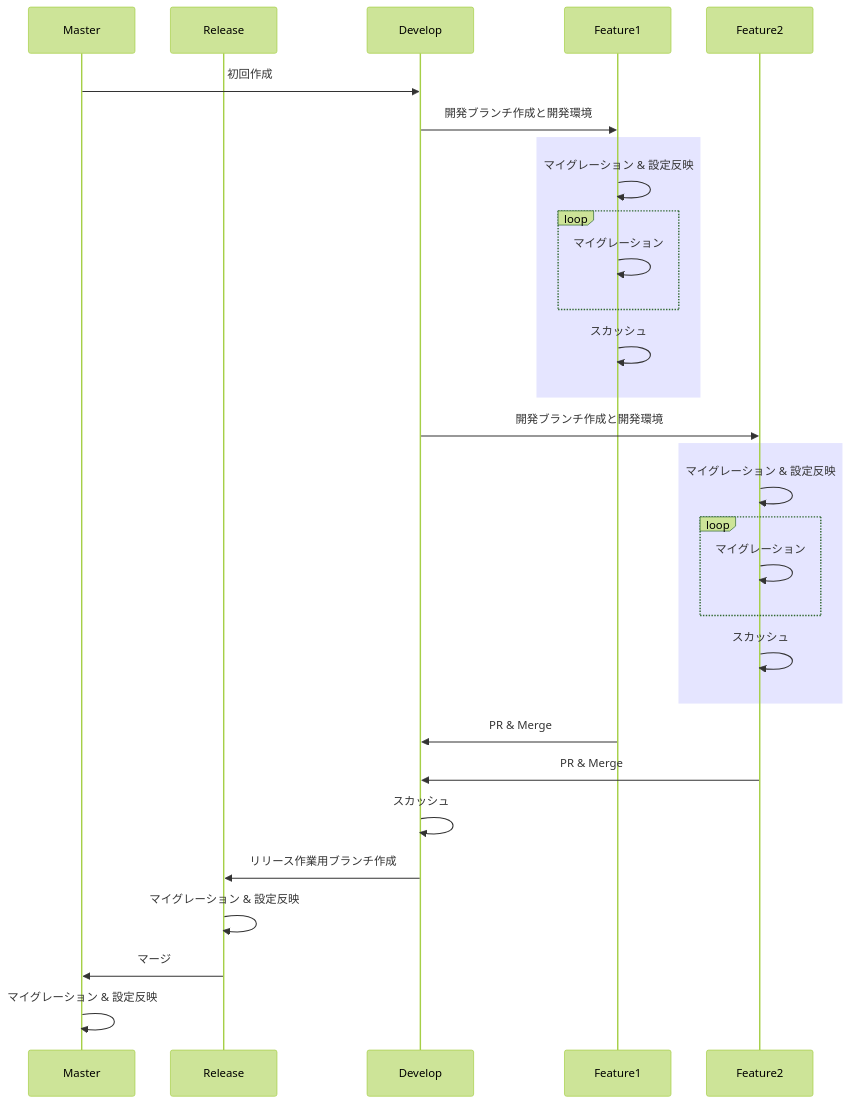
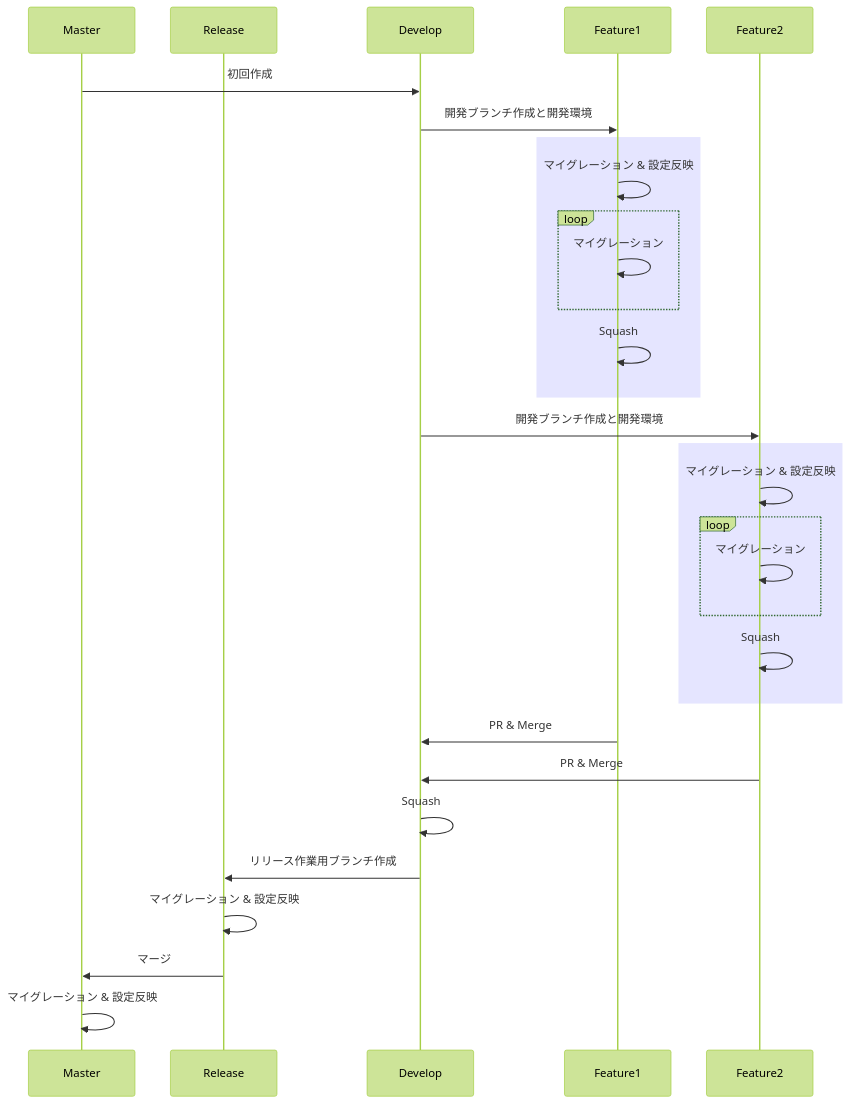
The diagram in README.md (Cohey0727/hasura-sample), drawn with Mermaid (forest theme) before and after one commit. The commit also changed other lines of this file, not shown here.

````diff
--- a/README.md
+++ b/README.md
@@ -53,38 +53,38 @@
 ```mermaid
 sequenceDiagram
     participant Master
     participant Release
     participant Develop
     participant Feature1
     participant Feature2
 
     Master->>Develop: 初回作成
     Develop->>Feature1: 開発ブランチ作成と開発環境
     rect rgba(0, 0, 255, .1)
       Feature1->>Feature1: マイグレーション & 設定反映
       loop
         Feature1->>Feature1: マイグレーション
       end
-      Feature1->>Feature1: スカッシュ
+      Feature1->>Feature1: Squash
     end
     
 
     Develop->>Feature2: 開発ブランチ作成と開発環境
     rect rgba(0, 0, 255, .1)
       Feature2->>Feature2: マイグレーション & 設定反映
       loop
         Feature2->>Feature2: マイグレーション
       end
-      Feature2->>Feature2: スカッシュ
+      Feature2->>Feature2: Squash
     end
 
     Feature1->>Develop: PR & Merge
     Feature2->>Develop: PR & Merge
     
-    Develop->>Develop: スカッシュ
+    Develop->>Develop: Squash
     Develop->>Release: リリース作業用ブランチ作成
     Release->>Release: マイグレーション & 設定反映
     Release->>Master: マージ
     Master->>Master: マイグレーション & 設定反映
 
 ```
````
